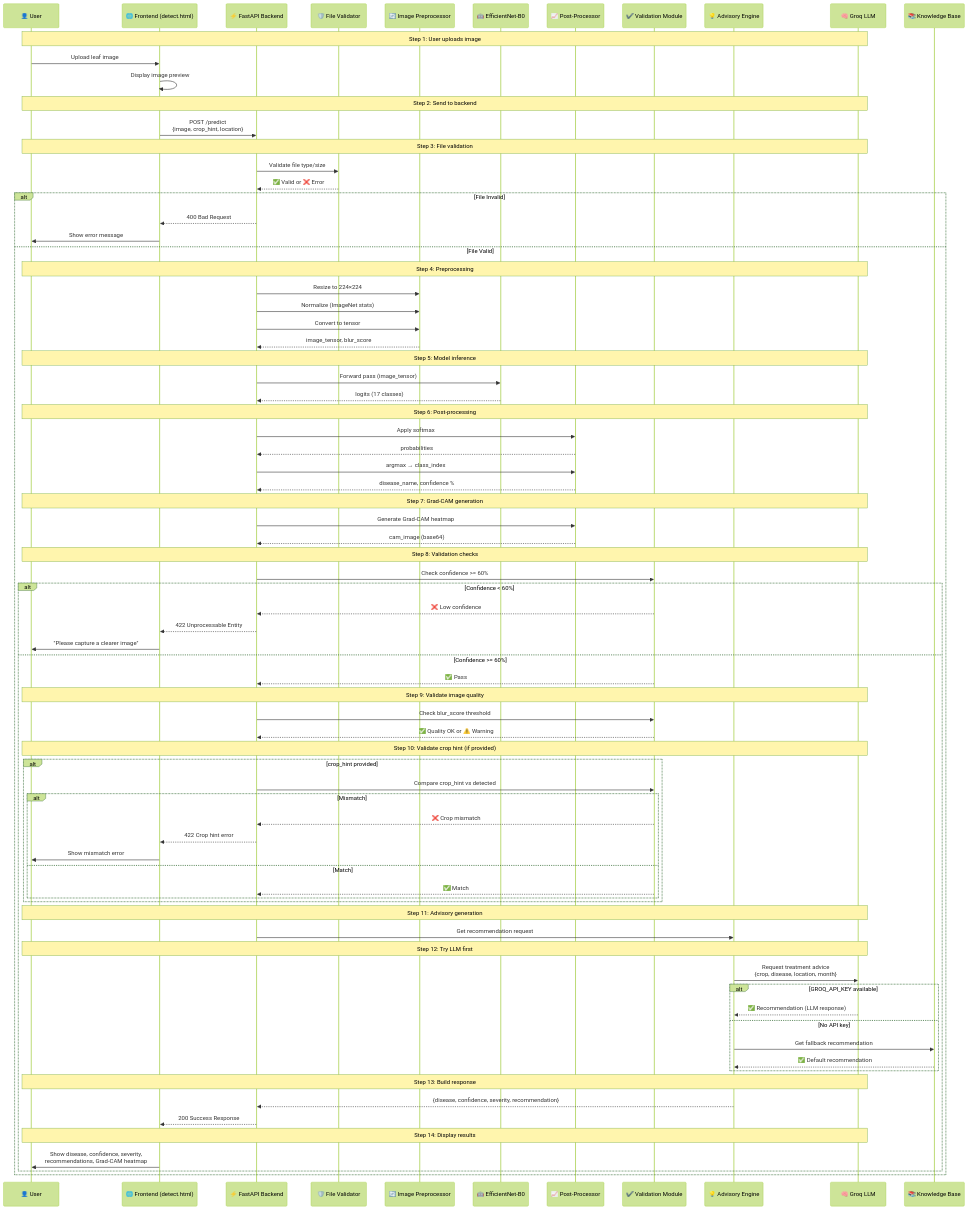
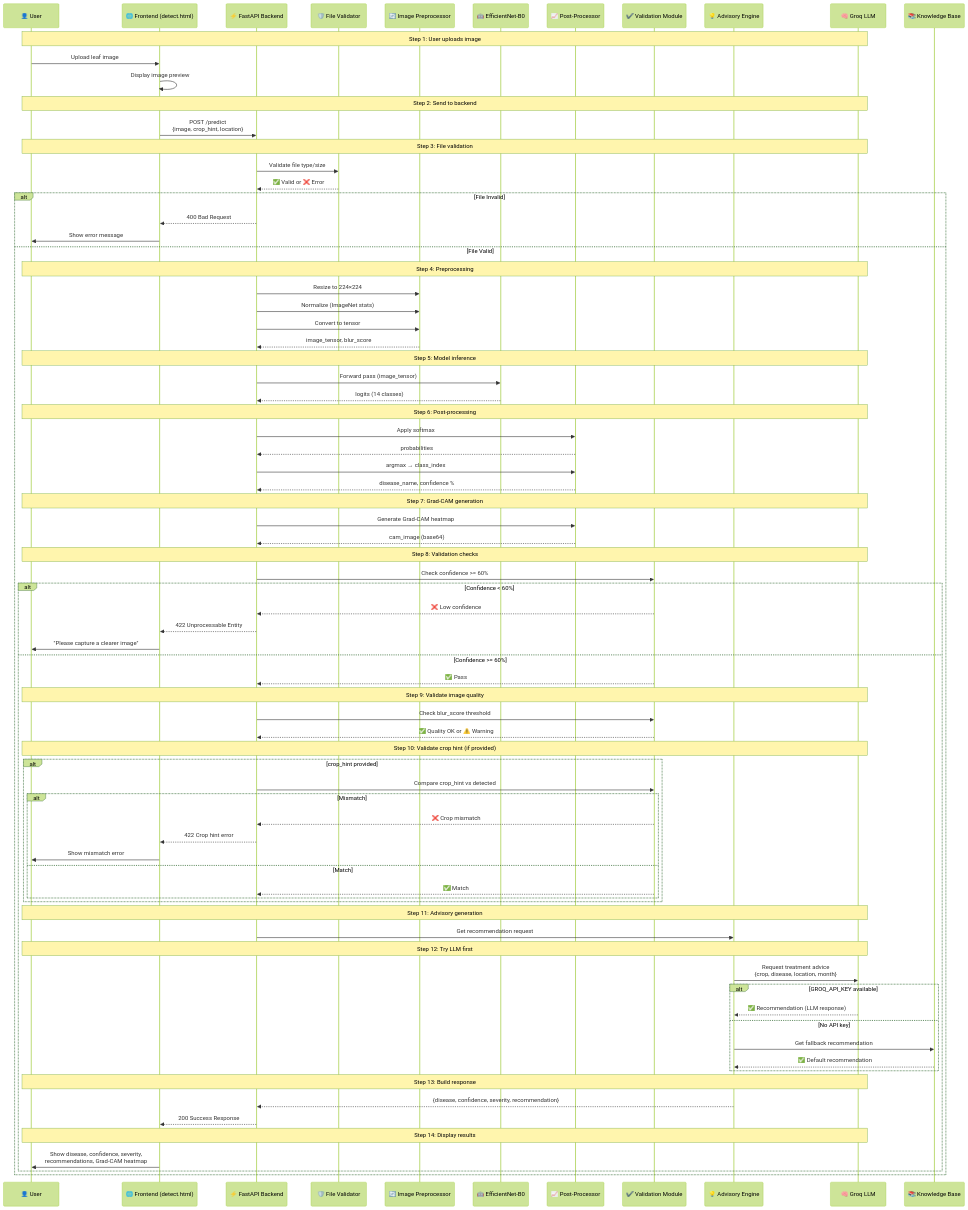
One commit to kart747/AgriVision changed the first of 5 diagrams in docs/sequence-diagram.md. Above: the diagram before and after it, drawn with Mermaid (forest theme). The commit also changed 4 other files, not shown here.

```diff
--- a/docs/sequence-diagram.md
+++ b/docs/sequence-diagram.md
@@ -39,7 +39,7 @@
         
         Note over User,LLM: Step 5: Model inference
         Backend->>Model: Forward pass (image_tensor)
-        Model-->>Backend: logits (17 classes)
+        Model-->>Backend: logits (14 classes)
         
         Note over User,LLM: Step 6: Post-processing
         Backend->>PostProc: Apply softmax
```
